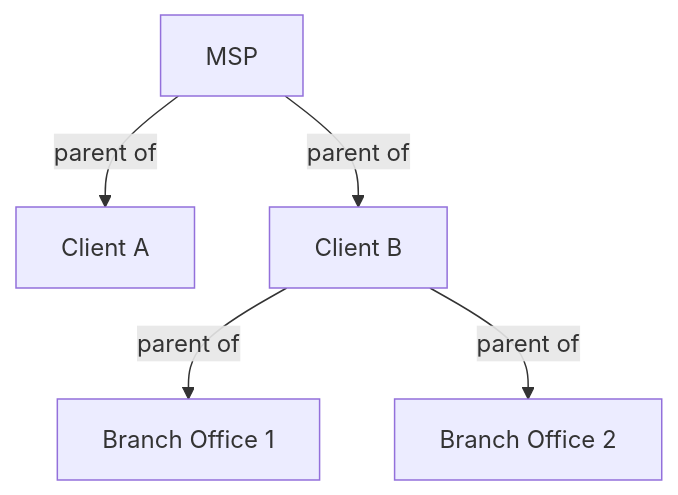
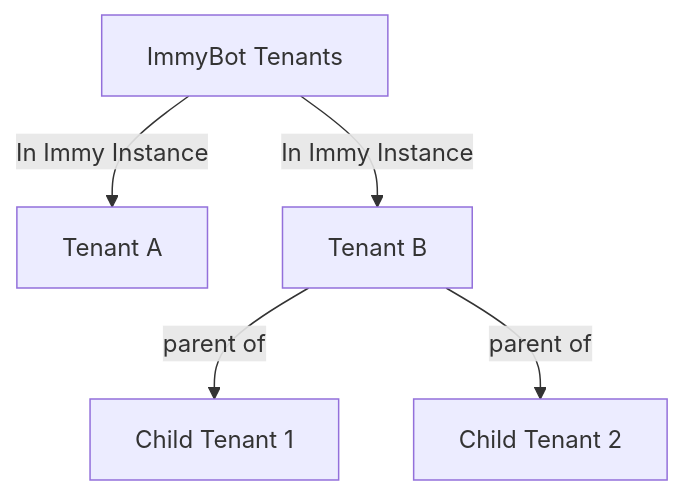
One commit to immense/immybot-documentation changed the third of 3 diagrams in Documentation/GettingStarted/core-concepts.md. Above: the diagram before and after it, drawn with Mermaid. The commit also changed other lines of this file and 30 other files, not shown here.

````diff
--- a/Documentation/GettingStarted/core-concepts.md
+++ b/Documentation/GettingStarted/core-concepts.md
@@ -77,7 +77,7 @@
 ```mermaid
 graph TD
-    A[MSP] -->|parent of| B[Client A]
-    A -->|parent of| C[Client B]
-    C -->|parent of| D[Branch Office 1]
-    C -->|parent of| E[Branch Office 2]
+    A[ImmyBot Tenants] -->|In Immy Instance| B[Tenant A]
+    A -->|In Immy Instance| C[Tenant B]
+    C -->|parent of| D[Child Tenant 1]
+    C -->|parent of| E[Child Tenant 2]
 ```
````
